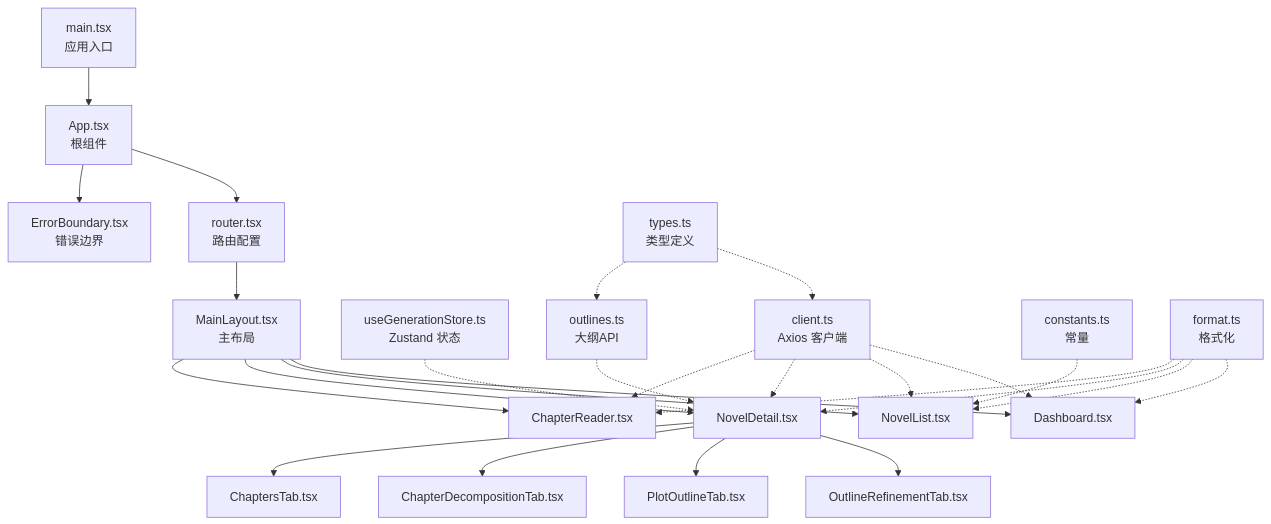
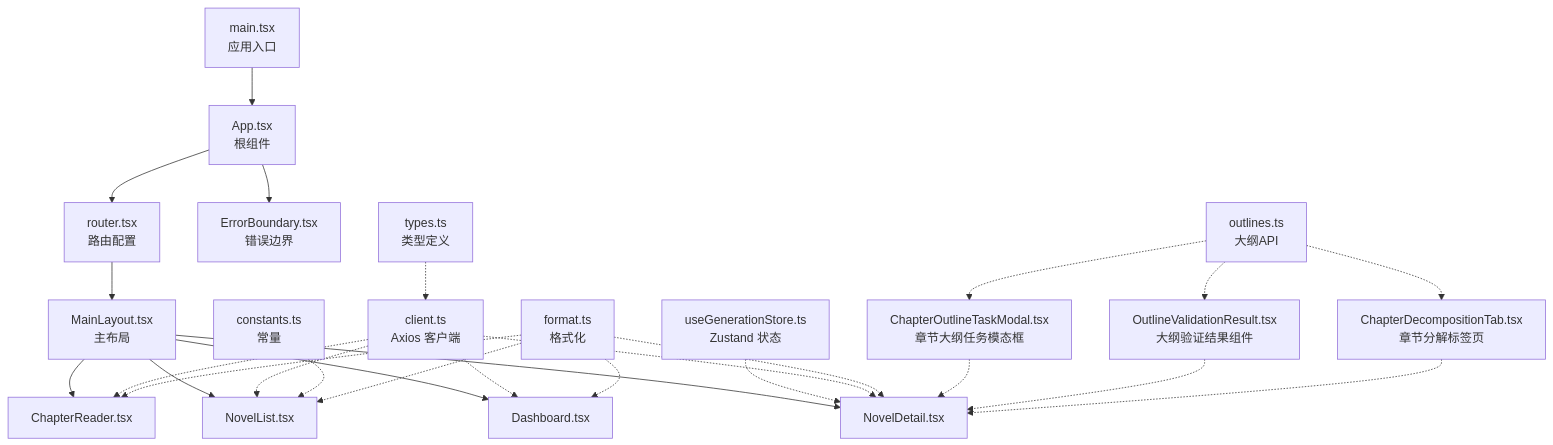
Before and after one commit to xfbyxq/ai-novel-system: the first of 7 diagrams in .qoder/repowiki/zh/content/前端架构/前端架构.md, drawn with Mermaid. The commit also changed other lines of this file and 38 other files, not shown here.

````diff
--- a/.qoder/repowiki/zh/content/前端架构/前端架构.md
+++ b/.qoder/repowiki/zh/content/前端架构/前端架构.md
@@ -56,28 +55,28 @@
 ```mermaid
 graph TB
 A["main.tsx<br/>应用入口"] --> B["App.tsx<br/>根组件"]
 B --> C["router.tsx<br/>路由配置"]
 C --> D["MainLayout.tsx<br/>主布局"]
 D --> E["Dashboard.tsx"]
 D --> F["NovelList.tsx"]
 D --> G["NovelDetail.tsx"]
-G --> H["OutlineRefinementTab.tsx"]
-G --> I["PlotOutlineTab.tsx"]
-G --> J["ChapterDecompositionTab.tsx"]
-G --> K["ChaptersTab.tsx"]
-D --> L["ChapterReader.tsx"]
-B --> M["ErrorBoundary.tsx<br/>错误边界"]
-N["useGenerationStore.ts<br/>Zustand 状态"] -.-> G
-O["client.ts<br/>Axios 客户端"] -.-> E
-O -.-> F
-O -.-> G
-O -.-> L
-P["outlines.ts<br/>大纲API"] -.-> G
-Q["types.ts<br/>类型定义"] -.-> O
-Q -.-> P
-R["constants.ts<br/>常量"] -.-> F
-S["format.ts<br/>格式化"] -.-> E
-S -.-> F
-S -.-> G
-S -.-> L
+D --> H["ChapterReader.tsx"]
+B --> I["ErrorBoundary.tsx<br/>错误边界"]
+J["useGenerationStore.ts<br/>Zustand 状态"] -.-> G
+K["client.ts<br/>Axios 客户端"] -.-> E
+K -.-> F
+K -.-> G
+K -.-> H
+L["types.ts<br/>类型定义"] -.-> K
+M["constants.ts<br/>常量"] -.-> F
+N["format.ts<br/>格式化"] -.-> E
+N -.-> F
+N -.-> G
+N -.-> H
+O["ChapterOutlineTaskModal.tsx<br/>章节大纲任务模态框"] -.-> G
+P["OutlineValidationResult.tsx<br/>大纲验证结果组件"] -.-> G
+Q["ChapterDecompositionTab.tsx<br/>章节分解标签页"] -.-> G
+R["outlines.ts<br/>大纲API"] -.-> O
+R -.-> P
+R -.-> Q
 ```
````
